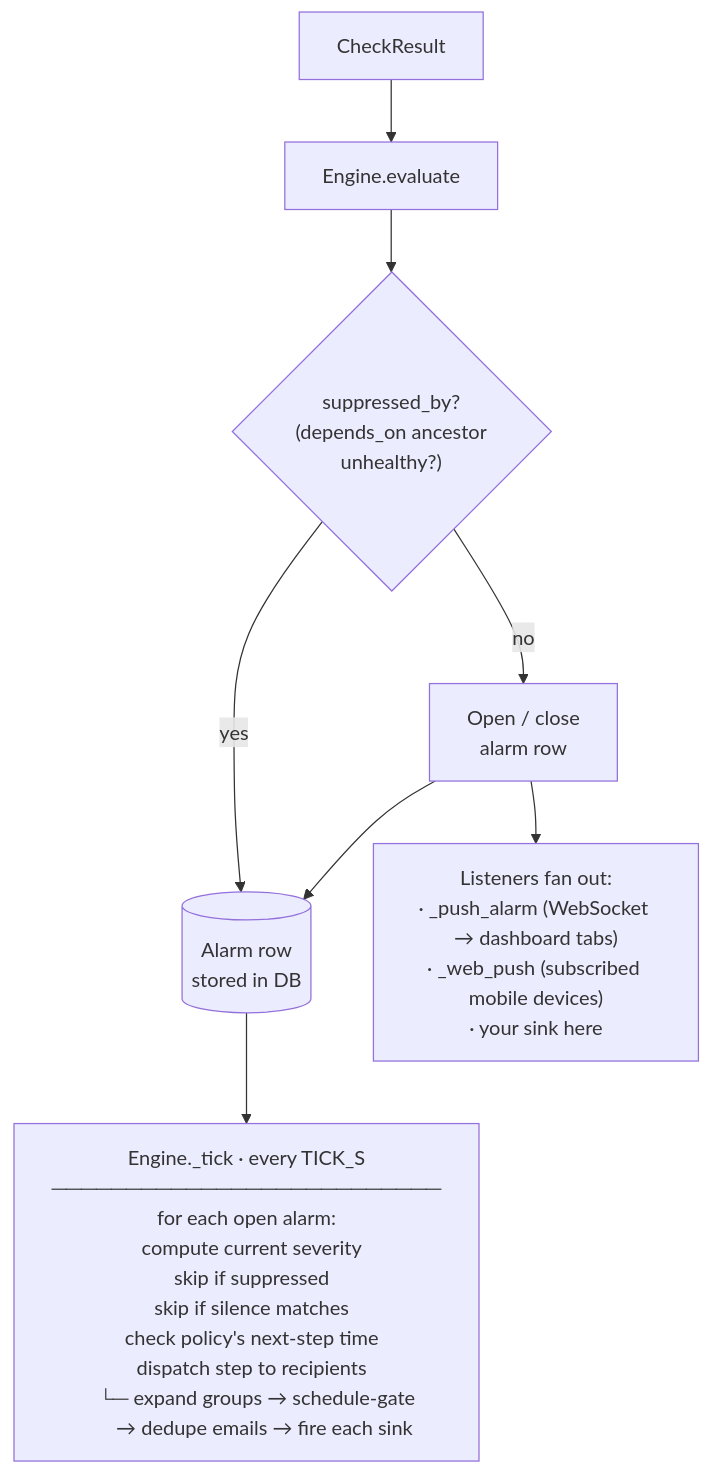
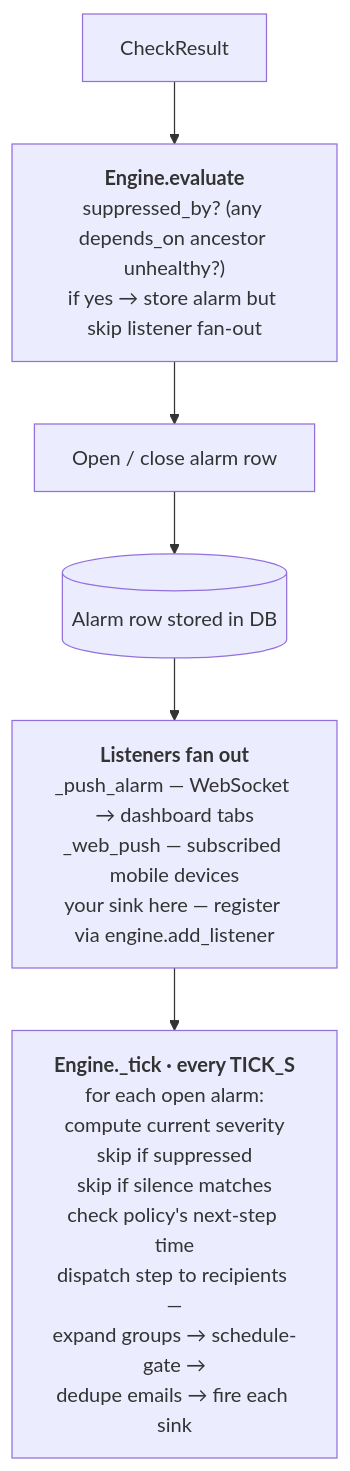
Before and after one commit to jkmesches/AQPI-Sentinel: the diagram in docs/16-alarm-engine.md, drawn with Mermaid. The commit also changed 7 other files, not shown here.

````diff
--- a/docs/16-alarm-engine.md
+++ b/docs/16-alarm-engine.md
@@ -15,16 +15,11 @@
 ```mermaid
 flowchart TB
     result["CheckResult"]
-    evaluate["Engine.evaluate"]
-    suppress{"suppressed_by?<br/>(depends_on ancestor<br/>unhealthy?)"}
-    openclose["Open / close<br/>alarm row"]
-    row[("Alarm row<br/>stored in DB")]
-    listeners["Listeners fan out:<br/>· _push_alarm (WebSocket → dashboard tabs)<br/>· _web_push (subscribed mobile devices)<br/>· your sink here"]
-    tick["Engine._tick · every TICK_S<br/>──────────────────────────<br/>for each open alarm:<br/>  compute current severity<br/>  skip if suppressed<br/>  skip if silence matches<br/>  check policy's next-step time<br/>  dispatch step to recipients<br/>    └─ expand groups → schedule-gate<br/>       → dedupe emails → fire each sink"]
+    evaluate["<b>Engine.evaluate</b><br/>suppressed_by? (any depends_on ancestor unhealthy?)<br/>if yes → store alarm but skip listener fan-out"]
+    openclose["Open / close alarm row"]
+    row[("Alarm row stored in DB")]
+    listeners["<b>Listeners fan out</b><br/>_push_alarm — WebSocket → dashboard tabs<br/>_web_push — subscribed mobile devices<br/>your sink here — register via engine.add_listener"]
+    tick["<b>Engine._tick · every TICK_S</b><br/>for each open alarm:<br/>compute current severity<br/>skip if suppressed<br/>skip if silence matches<br/>check policy's next-step time<br/>dispatch step to recipients —<br/>expand groups → schedule-gate →<br/>dedupe emails → fire each sink"]
 
-    result --> evaluate --> suppress
-    suppress -- "no" --> openclose --> row
-    suppress -- "yes" --> row
-    openclose --> listeners
-    row --> tick
+    result --> evaluate --> openclose --> row --> listeners --> tick
 ```
````
